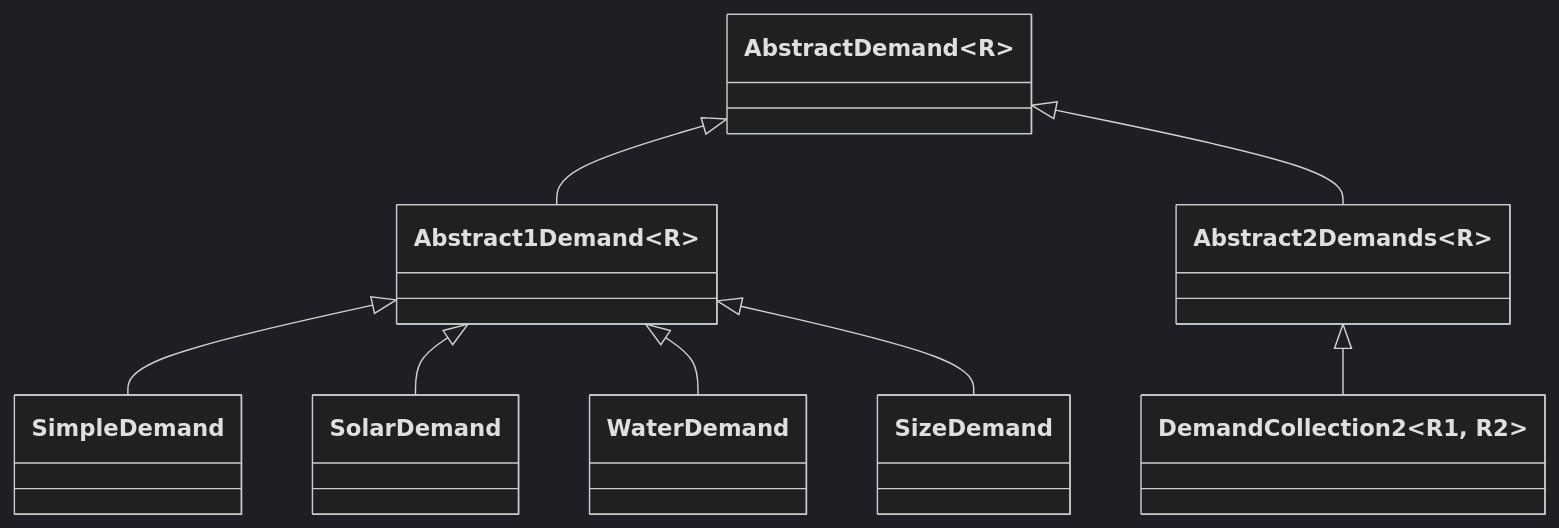
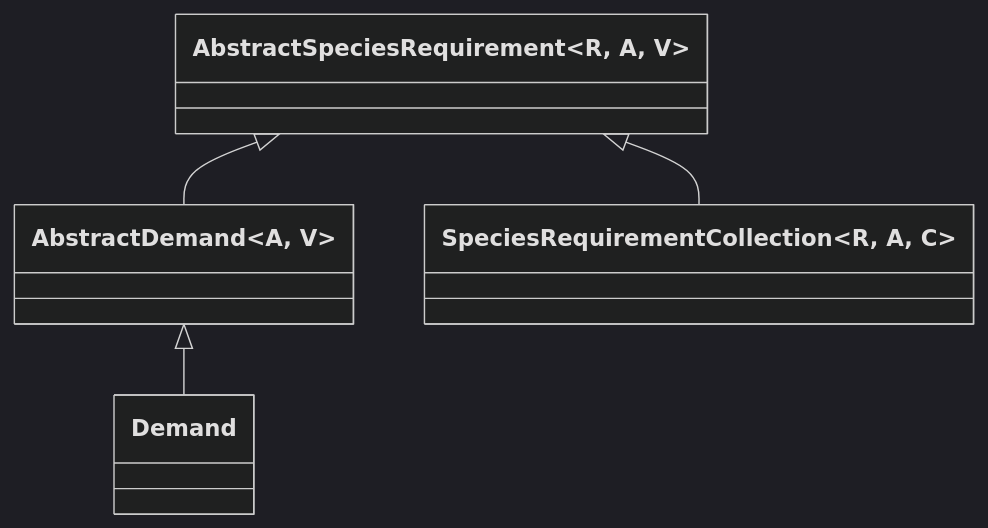
Diagram 12 of 17 in docs/architecture.md (EcoJulia/EcoSISTEM.jl), drawn with Mermaid (dark theme) before and after one commit. The commit also changed other lines of this file and 17 other files, not shown here.

````diff
--- a/docs/architecture.md
+++ b/docs/architecture.md
@@ -228,14 +690,9 @@
 ```mermaid
 classDiagram
-    class AbstractDemand~R~
-    class Abstract1Demand~R~
-    class Abstract2Demands~R~
-    class DemandCollection2~R1, R2~
-    AbstractDemand   <|-- Abstract1Demand
-    AbstractDemand   <|-- Abstract2Demands
-    Abstract1Demand  <|-- SimpleDemand
-    Abstract1Demand  <|-- SolarDemand
-    Abstract1Demand  <|-- WaterDemand
-    Abstract1Demand  <|-- SizeDemand
-    Abstract2Demands <|-- DemandCollection2
+    class AbstractSpeciesRequirement~R, A, V~
+    class AbstractDemand~A, V~
+    class SpeciesRequirementCollection~R, A, C~
+    AbstractSpeciesRequirement <|-- AbstractDemand
+    AbstractSpeciesRequirement <|-- SpeciesRequirementCollection
+    AbstractDemand   <|-- Demand
 ```
````
